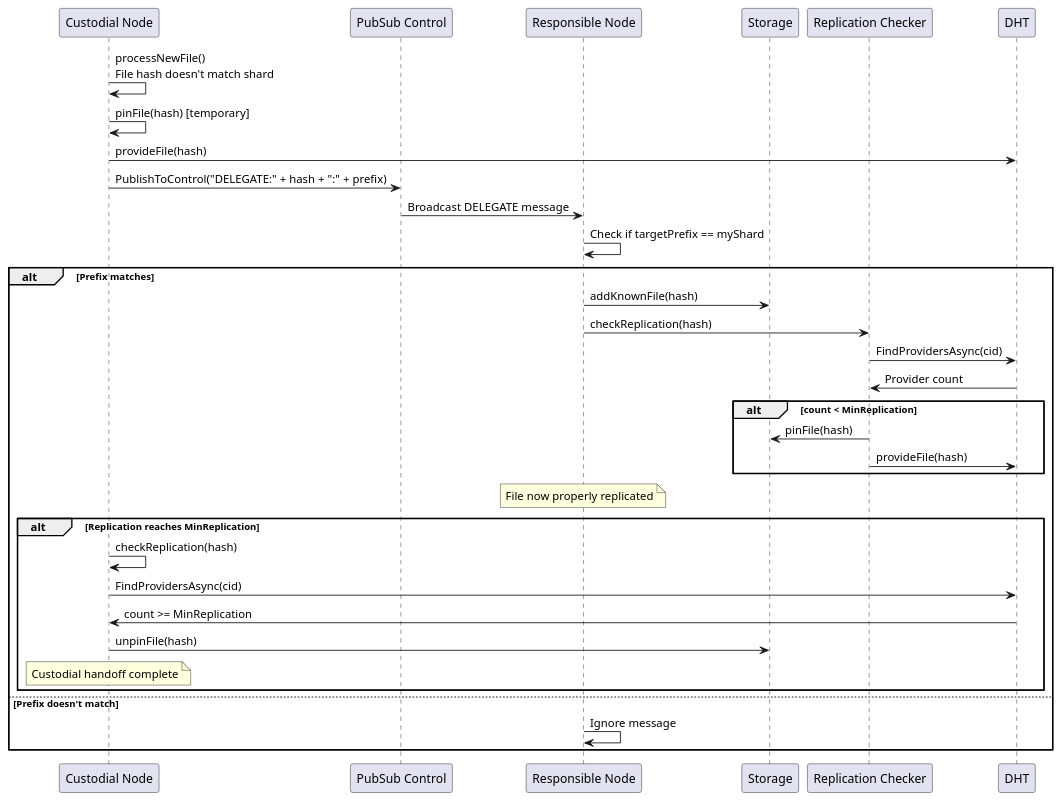
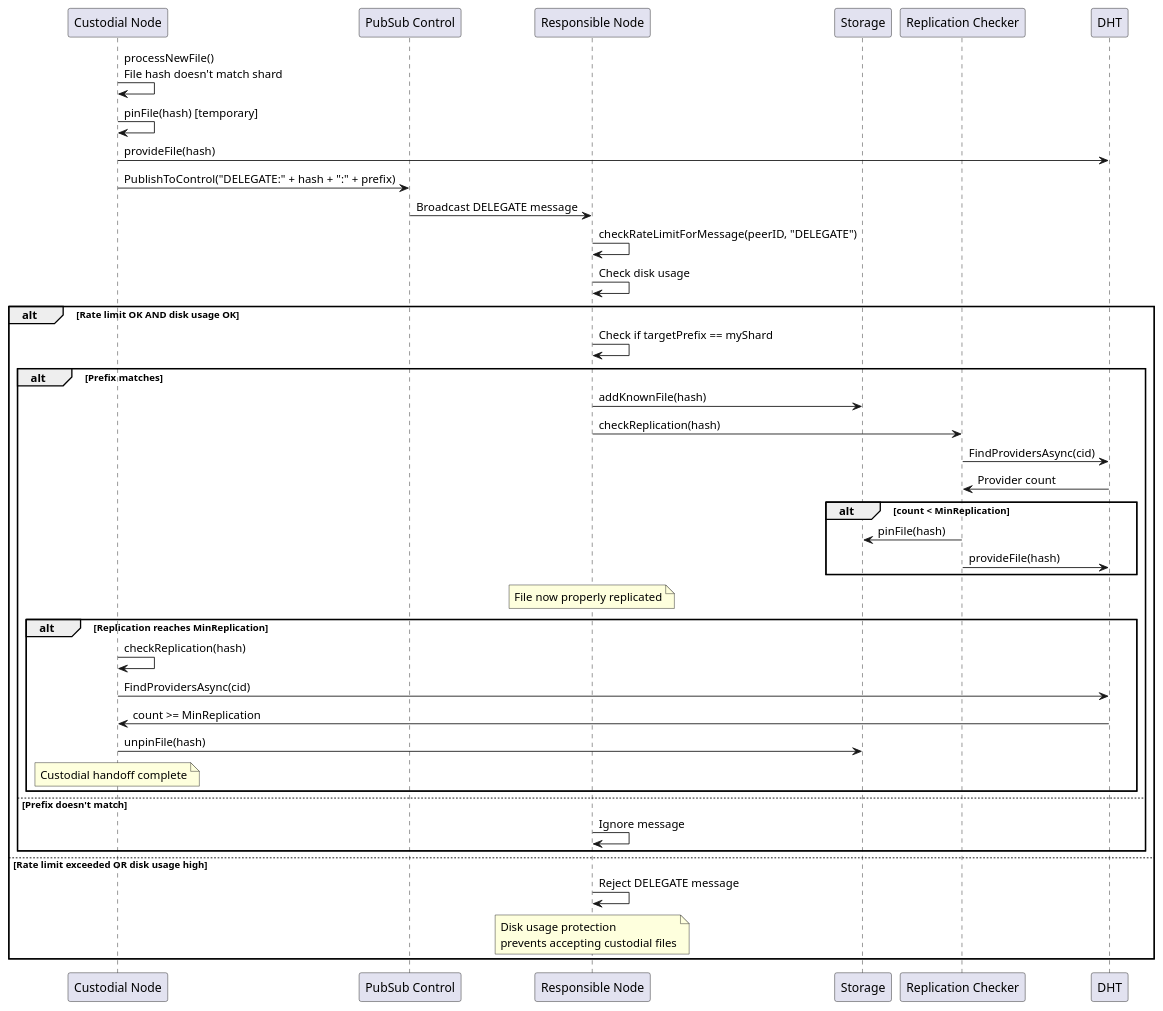
Before and after one commit to gipplab/D-LOCKSS: the diagram in docs/delegation_sequence.puml, drawn with PlantUML. The commit also changed 18 other files, not shown here.

```diff
--- a/docs/delegation_sequence.puml
+++ b/docs/delegation_sequence.puml
@@ -1,42 +1,50 @@
 @startuml Delegation Sequence
 
 participant "Custodial Node" as Custodial
 participant "PubSub Control" as Control
 participant "Responsible Node" as Responsible
 participant "Storage" as Storage
 participant "Replication Checker" as ReplChecker
 participant "DHT" as DHT
 
 Custodial -> Custodial: processNewFile()\nFile hash doesn't match shard
 Custodial -> Custodial: pinFile(hash) [temporary]
 Custodial -> DHT: provideFile(hash)
 Custodial -> Control: PublishToControl("DELEGATE:" + hash + ":" + prefix)
 
 Control -> Responsible: Broadcast DELEGATE message
-Responsible -> Responsible: Check if targetPrefix == myShard
+Responsible -> Responsible: checkRateLimitForMessage(peerID, "DELEGATE")
+Responsible -> Responsible: Check disk usage
 
-alt Prefix matches
+alt Rate limit OK AND disk usage OK
+    Responsible -> Responsible: Check if targetPrefix == myShard
+    
+    alt Prefix matches
     Responsible -> Storage: addKnownFile(hash)
     Responsible -> ReplChecker: checkReplication(hash)
     ReplChecker -> DHT: FindProvidersAsync(cid)
     DHT -> ReplChecker: Provider count
     
     alt count < MinReplication
         ReplChecker -> Storage: pinFile(hash)
         ReplChecker -> DHT: provideFile(hash)
     end
     
     Note over Responsible: File now properly replicated
     
     alt Replication reaches MinReplication
         Custodial -> Custodial: checkReplication(hash)
         Custodial -> DHT: FindProvidersAsync(cid)
         DHT -> Custodial: count >= MinReplication
         Custodial -> Storage: unpinFile(hash)
         Note over Custodial: Custodial handoff complete
     end
-else Prefix doesn't match
-    Responsible -> Responsible: Ignore message
+    else Prefix doesn't match
+        Responsible -> Responsible: Ignore message
+    end
+else Rate limit exceeded OR disk usage high
+    Responsible -> Responsible: Reject DELEGATE message
+    Note over Responsible: Disk usage protection\nprevents accepting custodial files
 end
 
 @enduml
```
